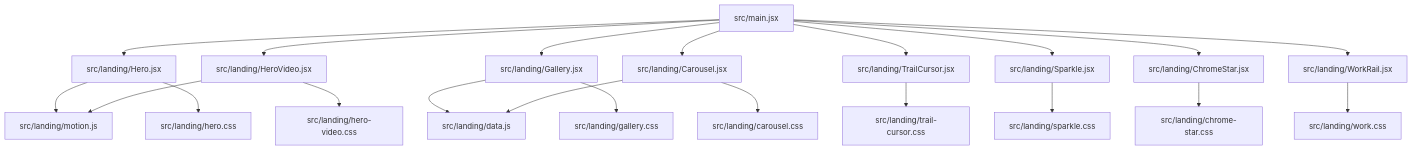
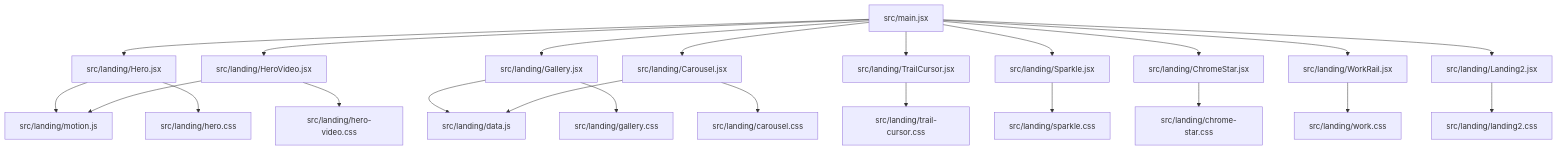
One commit to Theja4/podiummomentum changed the first of 6 diagrams in .qoder/repowiki/en/content/Component Architecture/Landing Page Components/Landing Page Components.md. Above: the diagram before and after it, drawn with Mermaid. The commit also changed other lines of this file and 48 other files, not shown here.

````diff
--- a/.qoder/repowiki/en/content/Component Architecture/Landing Page Components/Landing Page Components.md
+++ b/.qoder/repowiki/en/content/Component Architecture/Landing Page Components/Landing Page Components.md
@@ -48,23 +52,25 @@
 ```mermaid
 graph TB
 A["src/main.jsx"] --> B["src/landing/Hero.jsx"]
 A --> C["src/landing/HeroVideo.jsx"]
 A --> D["src/landing/Gallery.jsx"]
 A --> E["src/landing/Carousel.jsx"]
 A --> F["src/landing/TrailCursor.jsx"]
 A --> G["src/landing/Sparkle.jsx"]
 A --> H["src/landing/ChromeStar.jsx"]
 A --> I["src/landing/WorkRail.jsx"]
-B --> J["src/landing/motion.js"]
-C --> J
-D --> K["src/landing/data.js"]
-E --> K
-F --> L["src/landing/trail-cursor.css"]
-G --> M["src/landing/sparkle.css"]
-H --> N["src/landing/chrome-star.css"]
-I --> O["src/landing/work.css"]
-B --> P["src/landing/hero.css"]
-C --> Q["src/landing/hero-video.css"]
-D --> R["src/landing/gallery.css"]
-E --> S["src/landing/carousel.css"]
+A --> J["src/landing/Landing2.jsx"]
+B --> K["src/landing/motion.js"]
+C --> K
+D --> L["src/landing/data.js"]
+E --> L
+F --> M["src/landing/trail-cursor.css"]
+G --> N["src/landing/sparkle.css"]
+H --> O["src/landing/chrome-star.css"]
+I --> P["src/landing/work.css"]
+J --> Q["src/landing/landing2.css"]
+B --> R["src/landing/hero.css"]
+C --> S["src/landing/hero-video.css"]
+D --> T["src/landing/gallery.css"]
+E --> U["src/landing/carousel.css"]
 ```
````
